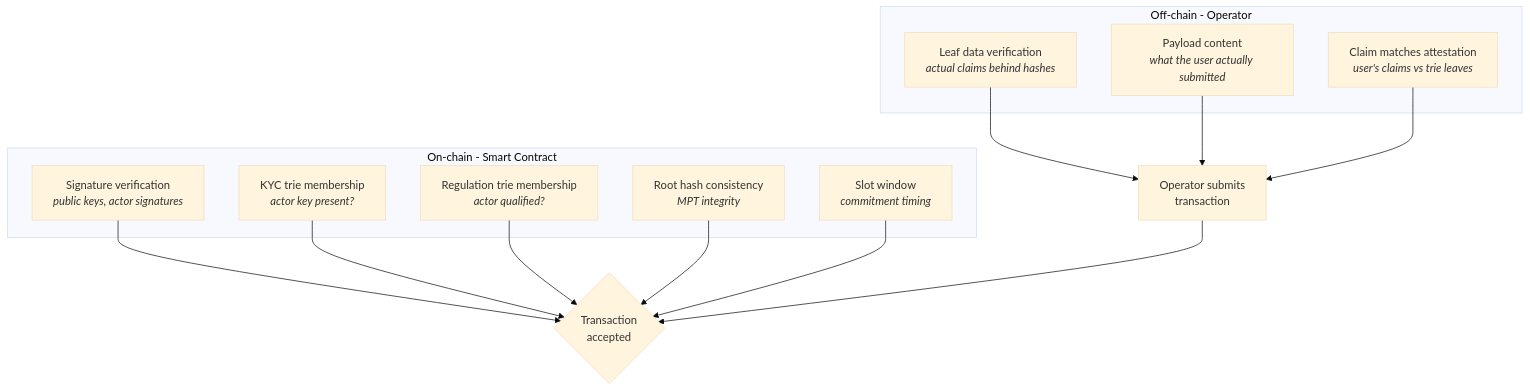
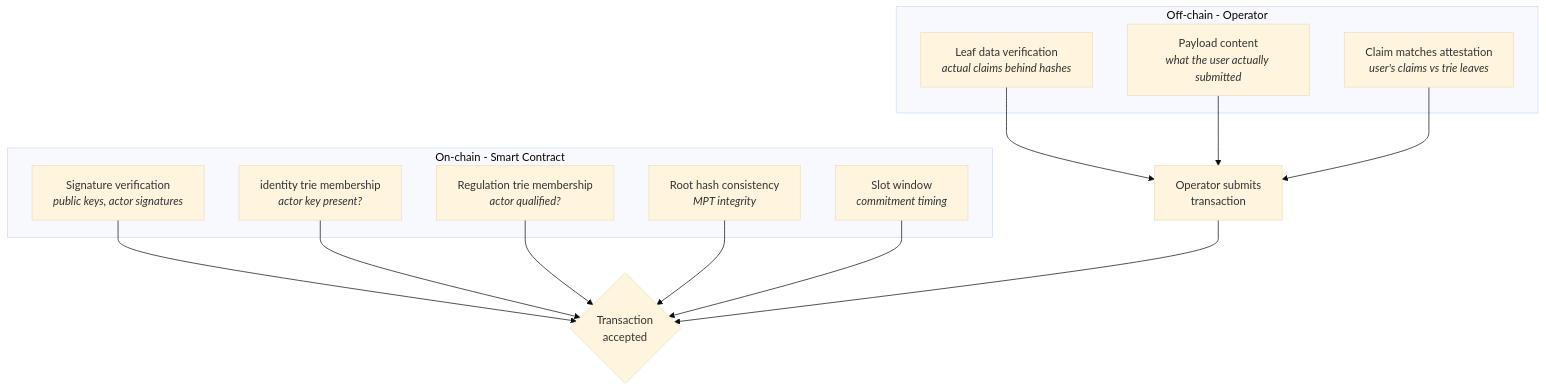
The third of 19 diagrams in docs/framework/schema.md (lambdasistemi/cardano-for-regulators), drawn with Mermaid (base theme) before and after one commit. The commit also changed other lines of this file and 1 other file, not shown here.

Commit message:
rename KYC provider to identity provider throughout

````diff
--- a/docs/framework/schema.md
+++ b/docs/framework/schema.md
@@ -104,26 +104,26 @@
 ```mermaid
 graph TD
     subgraph On-chain - Smart Contract
         SIG[Signature verification<br/><i>public keys, actor signatures</i>]
-        KYC_CHECK[KYC trie membership<br/><i>actor key present?</i>]
+        IDP_CHECK[identity trie membership<br/><i>actor key present?</i>]
         REG_CHECK[Regulation trie membership<br/><i>actor qualified?</i>]
         HASH[Root hash consistency<br/><i>MPT integrity</i>]
         SLOT[Slot window<br/><i>commitment timing</i>]
     end
 
     subgraph Off-chain - Operator
         LEAF[Leaf data verification<br/><i>actual claims behind hashes</i>]
         PAYLOAD[Payload content<br/><i>what the user actually submitted</i>]
         MATCH[Claim matches attestation<br/><i>user's claims vs trie leaves</i>]
     end
 
     SIG --> ACCEPT{Transaction<br/>accepted}
-    KYC_CHECK --> ACCEPT
+    IDP_CHECK --> ACCEPT
     REG_CHECK --> ACCEPT
     HASH --> ACCEPT
     SLOT --> ACCEPT
     LEAF --> SUBMIT[Operator submits<br/>transaction]
     PAYLOAD --> SUBMIT
     MATCH --> SUBMIT
     SUBMIT --> ACCEPT
 ```
````
